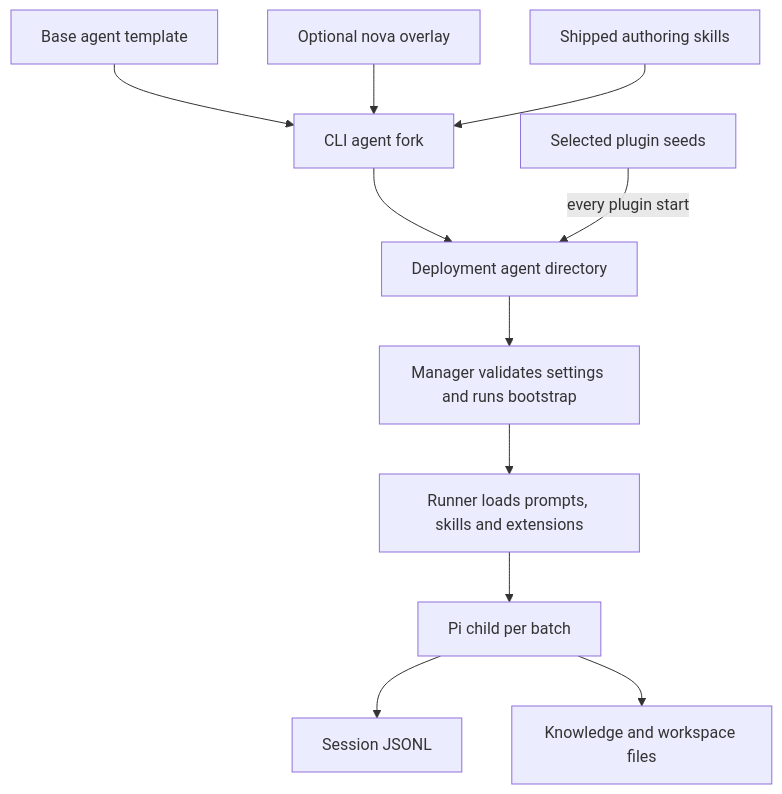
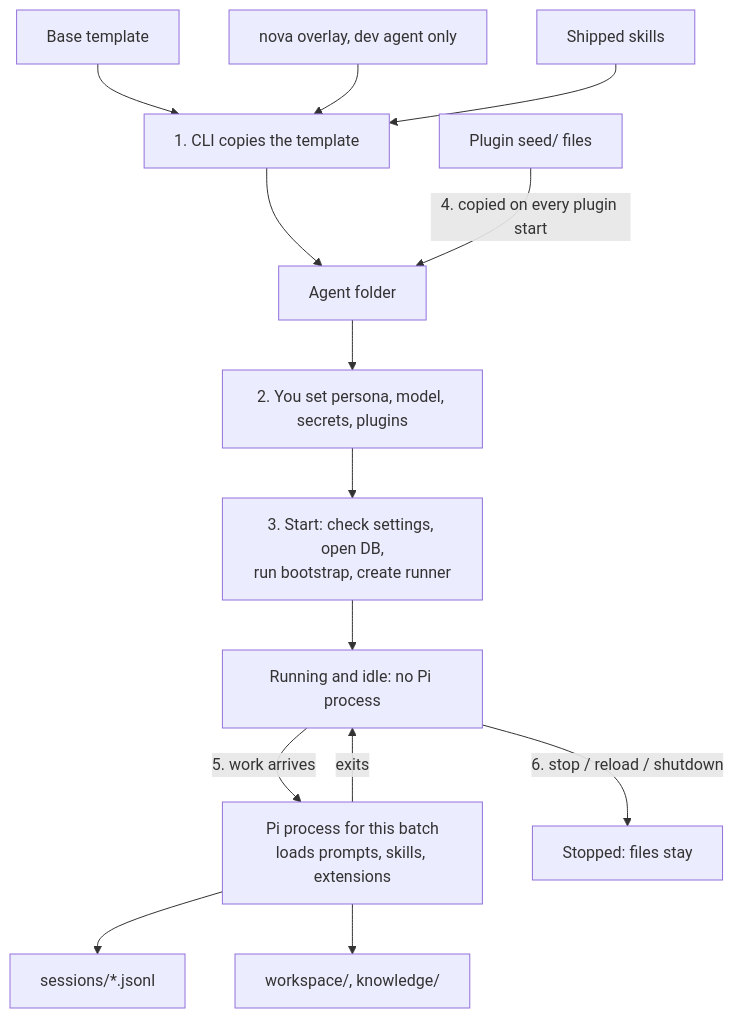
Before and after one commit to cognisphere-sh/cognisphere-harness: the diagram in docs/low-level/agents.md, drawn with Mermaid. The commit also changed other lines of this file and 19 other files, not shown here.

First line of the commit message:
Update core implementation roadmap with revised delivery order and agent configuration details

````diff
--- a/docs/low-level/agents.md
+++ b/docs/low-level/agents.md
@@ -19,13 +28,16 @@
 ```mermaid
 flowchart TB
-    Base[Base agent template] --> Fork[CLI agent fork]
-    Nova[Optional nova overlay] --> Fork
-    Skills[Shipped authoring skills] --> Fork
-    Fork --> Agent[Deployment agent directory]
-    PluginSeeds[Selected plugin seeds] -->|every plugin start| Agent
-    Agent --> Config[Manager validates settings and runs bootstrap]
-    Config --> Load[Runner loads prompts, skills and extensions]
-    Load --> Pi[Pi child per batch]
-    Pi --> History[Session JSONL]
-    Pi --> Work[Knowledge and workspace files]
+    Base[Base template] --> Fork[1. CLI copies the template]
+    Nova[nova overlay, dev agent only] --> Fork
+    Skills[Shipped skills] --> Fork
+    Fork --> Dir[Agent folder]
+    Dir --> Configure[2. You set persona, model, secrets, plugins]
+    Configure --> Start[3. Start: check settings, open DB,<br/>run bootstrap, create runner]
+    PluginSeeds[Plugin seed/ files] -->|4. copied on every plugin start| Dir
+    Start --> Idle[Running and idle: no Pi process]
+    Idle -->|5. work arrives| Batch[Pi process for this batch<br/>loads prompts, skills, extensions]
+    Batch --> History[sessions/*.jsonl]
+    Batch --> Work[workspace/, knowledge/]
+    Batch -->|exits| Idle
+    Idle -->|6. stop / reload / shutdown| Stopped[Stopped: files stay]
 ```
````
